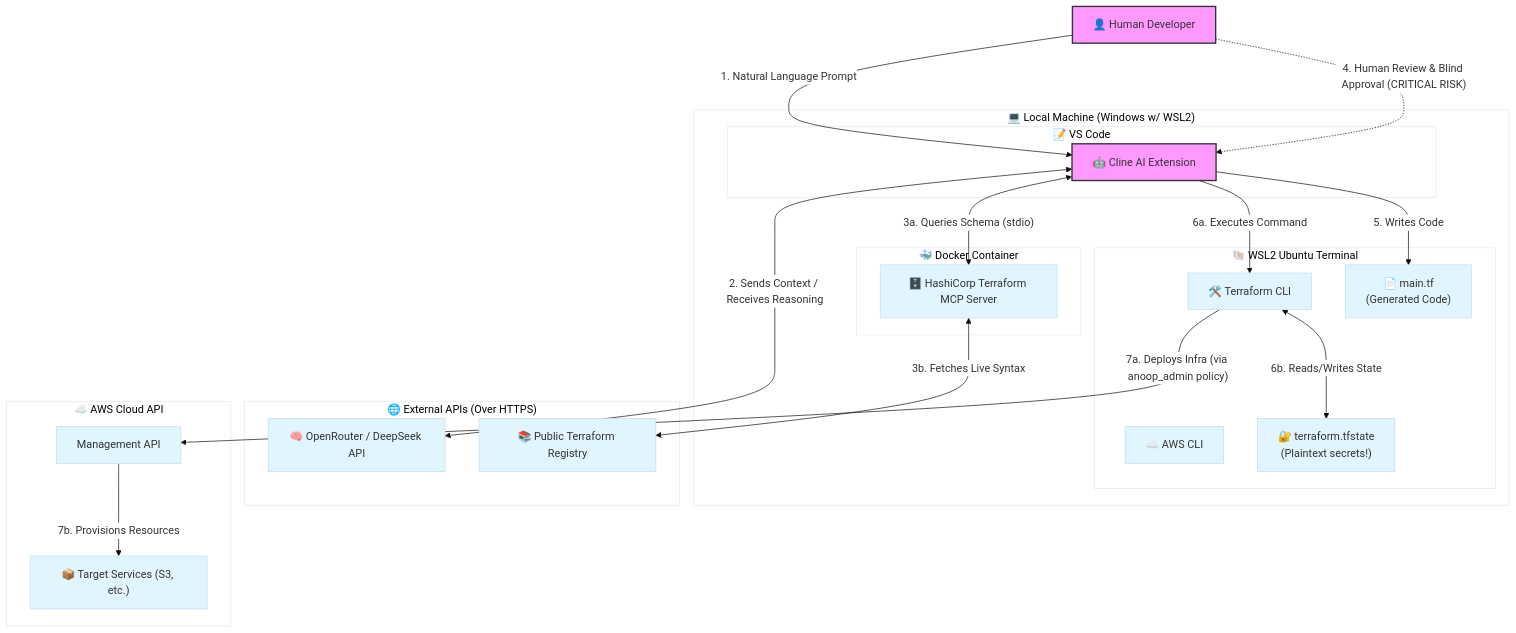
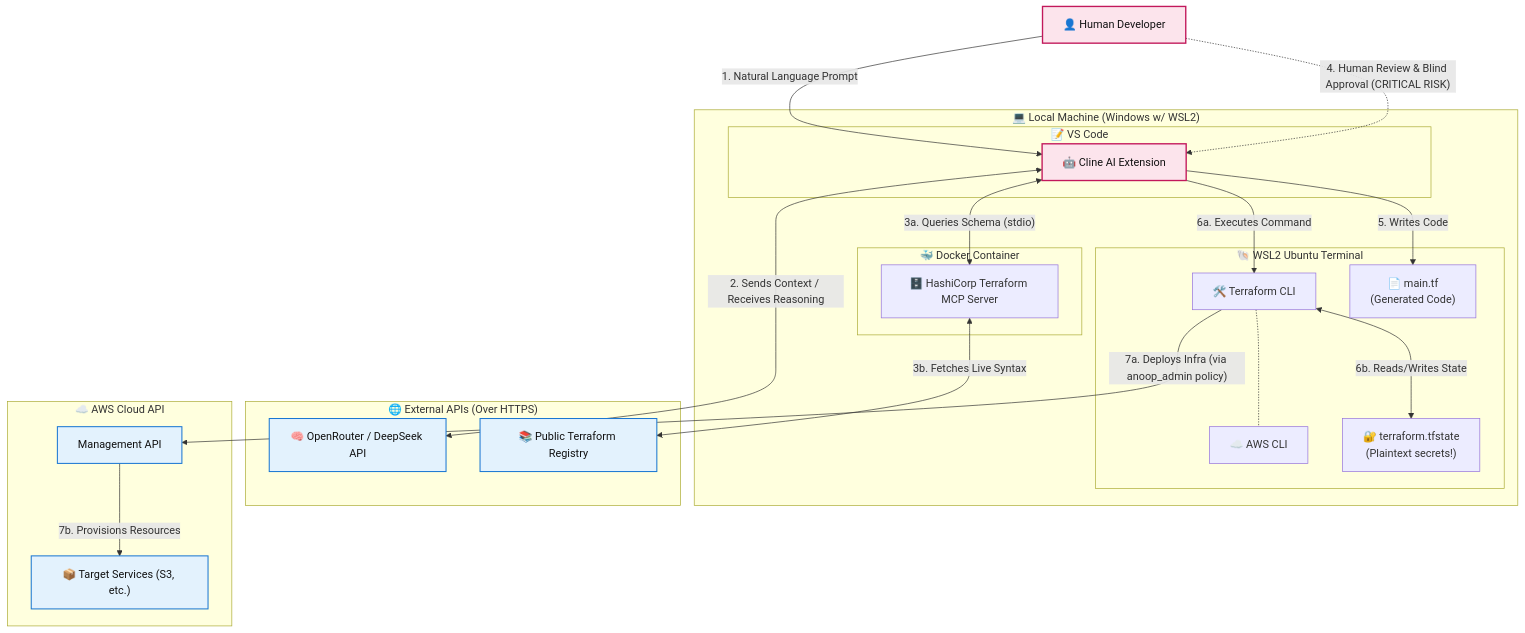
The diagram in README.md (anoopmedackal/agentic-terraform), drawn with Mermaid before and after one commit.

Commit message:
Improve mermaid diagram theme-safe styling
Updated mermaid diagram styling for better visibility in dark mode.

````diff
--- a/README.md
+++ b/README.md
@@ -40,60 +40,62 @@
 ```mermaid
-%%{init: {'theme': 'base', 'themeVariables': { 'primaryColor': '#e1f5fe', 'edgeLabelBackground':'#ffffff', 'tertiaryColor': '#fff'}}}%%
 graph TD
     %% Define Nodes and Actors
     User["👤 Human Developer"]
     
     subgraph Local_Workstation ["💻 Local Machine (Windows w/ WSL2)"]
         subgraph IDE_Context ["📝 VS Code"]
             Cline["🤖 Cline AI Extension"]
         end
         
         subgraph Docker_Sandbox ["🐳 Docker Container"]
             MCP["🗄️ HashiCorp Terraform MCP Server"]
         end
         
         subgraph Terminal_Context ["🐚 WSL2 Ubuntu Terminal"]
             T_CLI["🛠️ Terraform CLI"]
             AWS_CLI["☁️ AWS CLI"]
             T_Files["📄 main.tf \n (Generated Code)"]
             T_State["🔐 terraform.tfstate \n (Plaintext secrets!)"]
         end
     end
 
     subgraph External_APIs ["🌐 External APIs (Over HTTPS)"]
         OR["🧠 OpenRouter / DeepSeek API"]
         Registry["📚 Public Terraform Registry"]
     end
     
     subgraph Cloud ["☁️ AWS Cloud API"]
         AWS_API["Management API"]
         S3["📦 Target Services (S3, etc.)"]
     end
 
     %% Define Data Flows and Trust Boundaries
     User -->|"1. Natural Language Prompt"| Cline
     User -.->|"4. Human Review & Blind Approval (CRITICAL RISK)"| Cline
     
     Cline <-->|"2. Sends Context / Receives Reasoning"| OR
     
     %% The Grounding Loop
     Cline <-->|"3a. Queries Schema (stdio)"| MCP
     MCP <-->|"3b. Fetches Live Syntax"| Registry
     
     %% The Execution Loop
     Cline -->|"5. Writes Code"| T_Files
     Cline -->|"6a. Executes Command"| T_CLI
     T_CLI <-->|"6b. Reads/Writes State"| T_State
+    T_CLI -.- AWS_CLI
     
     %% Cloud Interaction
     T_CLI -->|"7a. Deploys Infra (via anoop_admin policy)"| AWS_API
     AWS_API -->|"7b. Provisions Resources"| S3
     
-    %% Styling for clarity
-    classDef actor fill:#f9f,stroke:#333,stroke-width:2px;
-    classDef critical stroke:#f00,stroke-width:3px,stroke-dasharray: 5 5;
-    classDef storage fill:#ffecb3,stroke:#333;
+    %% Theme-Safe Styling (Explicit text color prevents white-on-light in Dark Mode)
+    classDef actor fill:#fce4ec,stroke:#c2185b,stroke-width:2px,color:#111111;
+    classDef critical stroke:#e53935,stroke-width:3px,stroke-dasharray: 5 5;
+    classDef storage fill:#fff8e1,stroke:#f57f17,stroke-width:2px,color:#111111;
+    classDef external fill:#e3f2fd,stroke:#1976d2,stroke-width:1.5px,color:#111111;
     
     class User,Cline actor;
     class T_State critical,storage;
+    class OR,Registry,AWS_API,S3 external;
 ```
````
